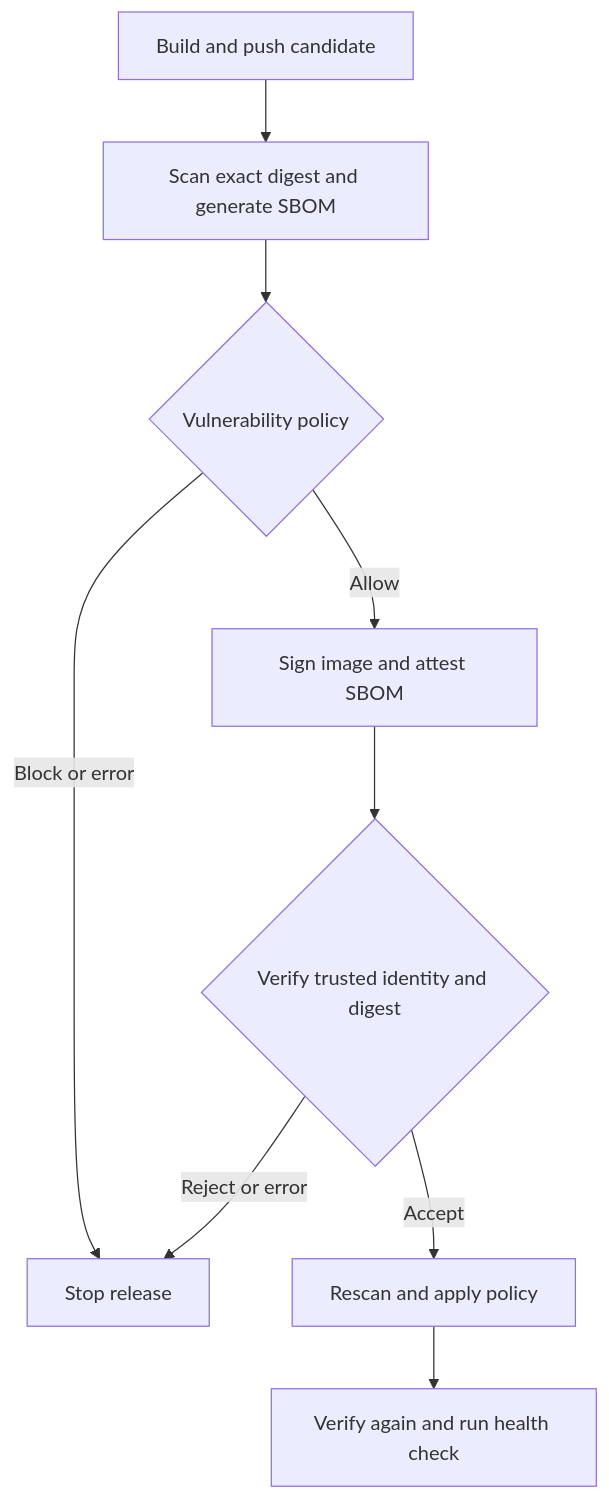
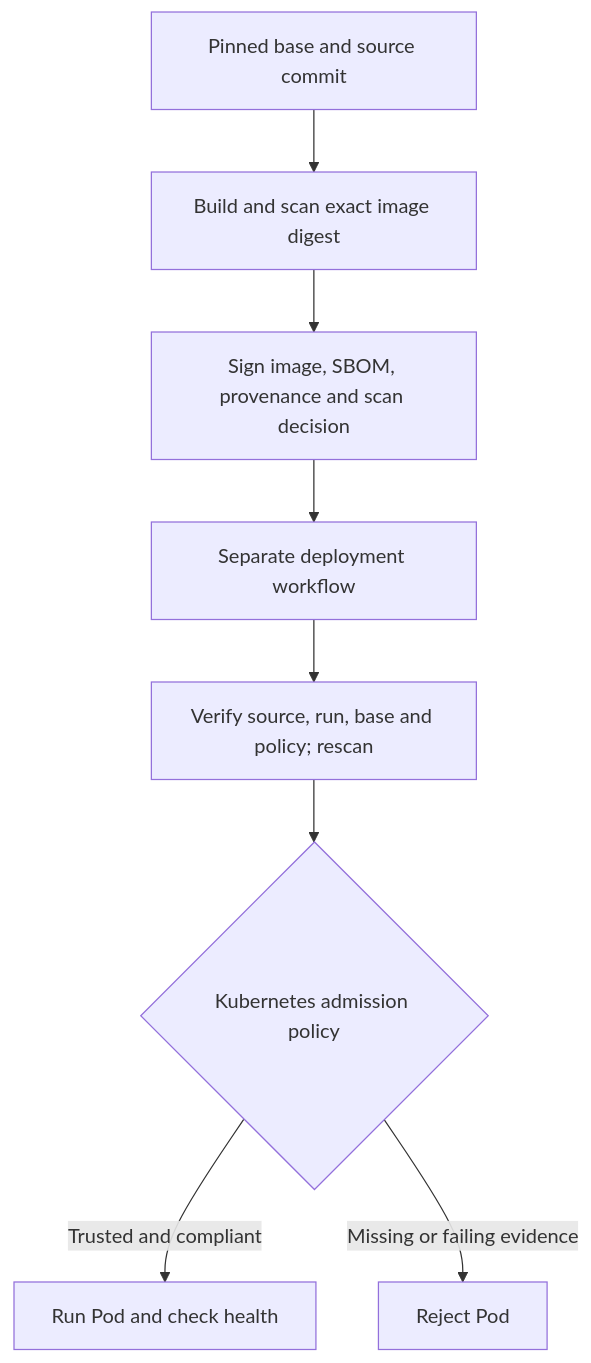
Before and after one commit to ALVINNNNN/trusted-container-pipeline: the diagram in README.md, drawn with Mermaid. The commit also changed other lines of this file and 15 other files, not shown here.

Commit message:
Pin base image, sign provenance and enforce verified releases through Kubernetes admission

````diff
--- a/README.md
+++ b/README.md
@@ -16,11 +14,10 @@
 ```mermaid
 flowchart TD
-    A[Build and push candidate] --> B[Scan exact digest and generate SBOM]
-    B --> C{Vulnerability policy}
-    C -->|Block or error| X[Stop release]
-    C -->|Allow| D[Sign image and attest SBOM]
-    D --> E{Verify trusted identity and digest}
-    E -->|Reject or error| X
-    E -->|Accept| F[Rescan and apply policy]
-    F --> G[Verify again and run health check]
+    A[Pinned base and source commit] --> B[Build and scan exact image digest]
+    B --> C[Sign image, SBOM, provenance and scan decision]
+    C --> D[Separate deployment workflow]
+    D --> E[Verify source, run, base and policy; rescan]
+    E --> F{Kubernetes admission policy}
+    F -->|Trusted and compliant| G[Run Pod and check health]
+    F -->|Missing or failing evidence| H[Reject Pod]
 ```
````
